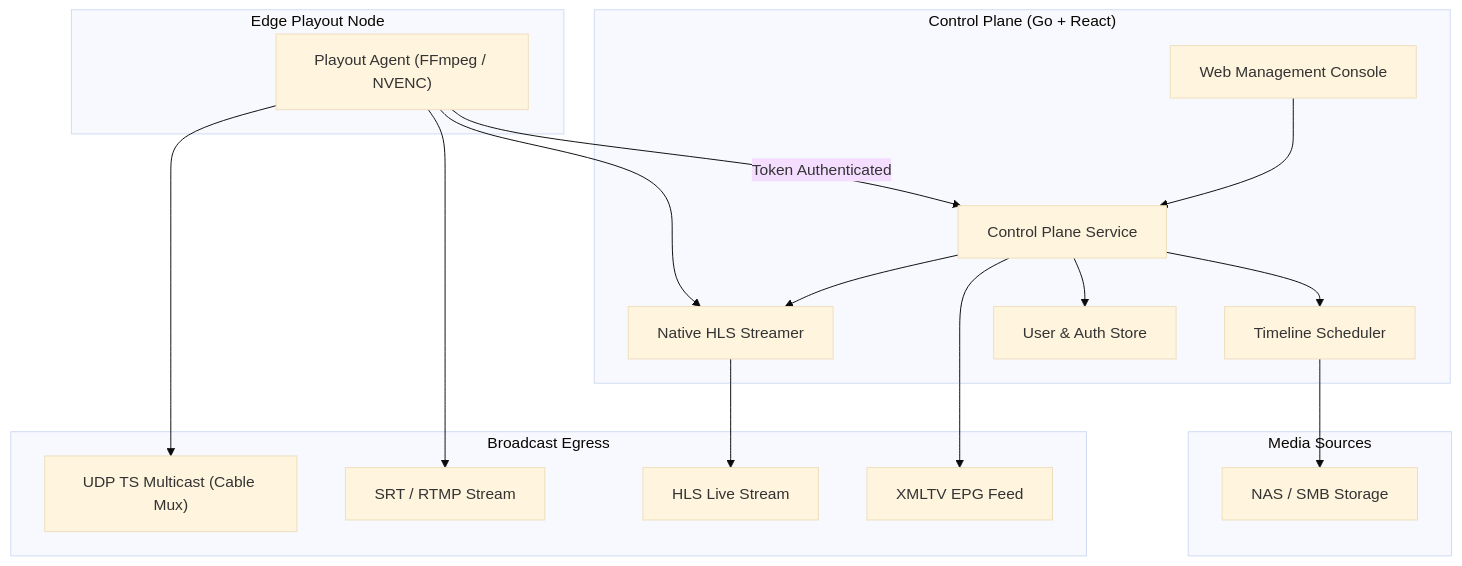
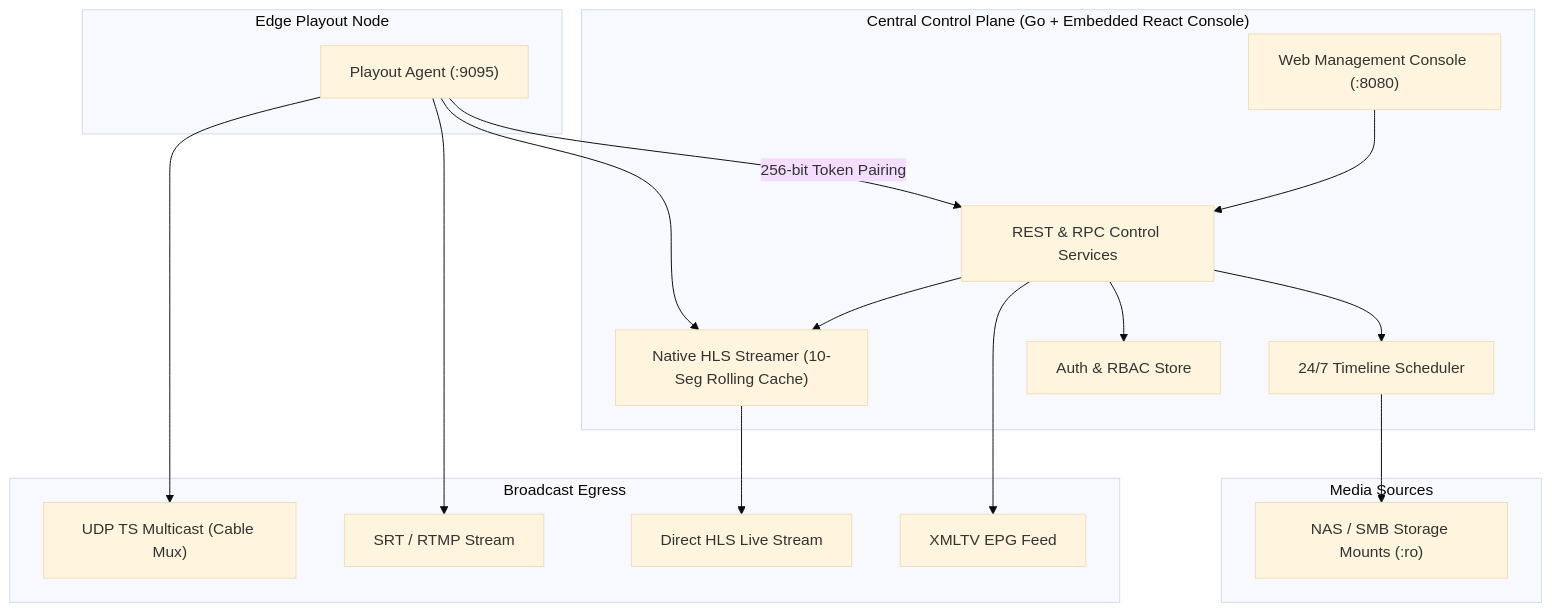
Before and after one commit to varmakarthik12/mcrflow: the diagram in README.md, drawn with Mermaid (base theme). The commit also changed other lines of this file, not shown here.

````diff
--- a/README.md
+++ b/README.md
@@ -13,38 +13,38 @@
 ```mermaid
 flowchart TD
-    subgraph ControlPlane["Control Plane (Go + React)"]
-        UI["Web Management Console"]
-        API["Control Plane Service"]
-        HLS["Native HLS Streamer"]
-        Sched["Timeline Scheduler"]
-        Users["User & Auth Store"]
+    subgraph ControlPlane["Central Control Plane (Go + Embedded React Console)"]
+        UI["Web Management Console (:8080)"]
+        API["REST & RPC Control Services"]
+        HLS["Native HLS Streamer (10-Seg Rolling Cache)"]
+        Sched["24/7 Timeline Scheduler"]
+        Users["Auth & RBAC Store"]
     end
 
     subgraph EdgeAgents["Edge Playout Node"]
-        Agent["Playout Agent (FFmpeg / NVENC)"]
+        Agent["Playout Agent (:9095)"]
     end
 
     subgraph Storage["Media Sources"]
-        NAS["NAS / SMB Storage"]
+        NAS["NAS / SMB Storage Mounts (:ro)"]
     end
 
     subgraph Outputs["Broadcast Egress"]
         UDP["UDP TS Multicast (Cable Mux)"]
         SRT["SRT / RTMP Stream"]
-        HLSOut["HLS Live Stream"]
+        HLSOut["Direct HLS Live Stream"]
         EPG["XMLTV EPG Feed"]
     end
 
     UI --> API
     API --> Users
     API --> Sched
     API --> HLS
     Sched --> NAS
 
-    Agent -->|"Token Authenticated"| API
+    Agent -->|"256-bit Token Pairing"| API
     Agent --> UDP
     Agent --> SRT
     Agent --> HLS
     HLS --> HLSOut
     API --> EPG
 ```
````
